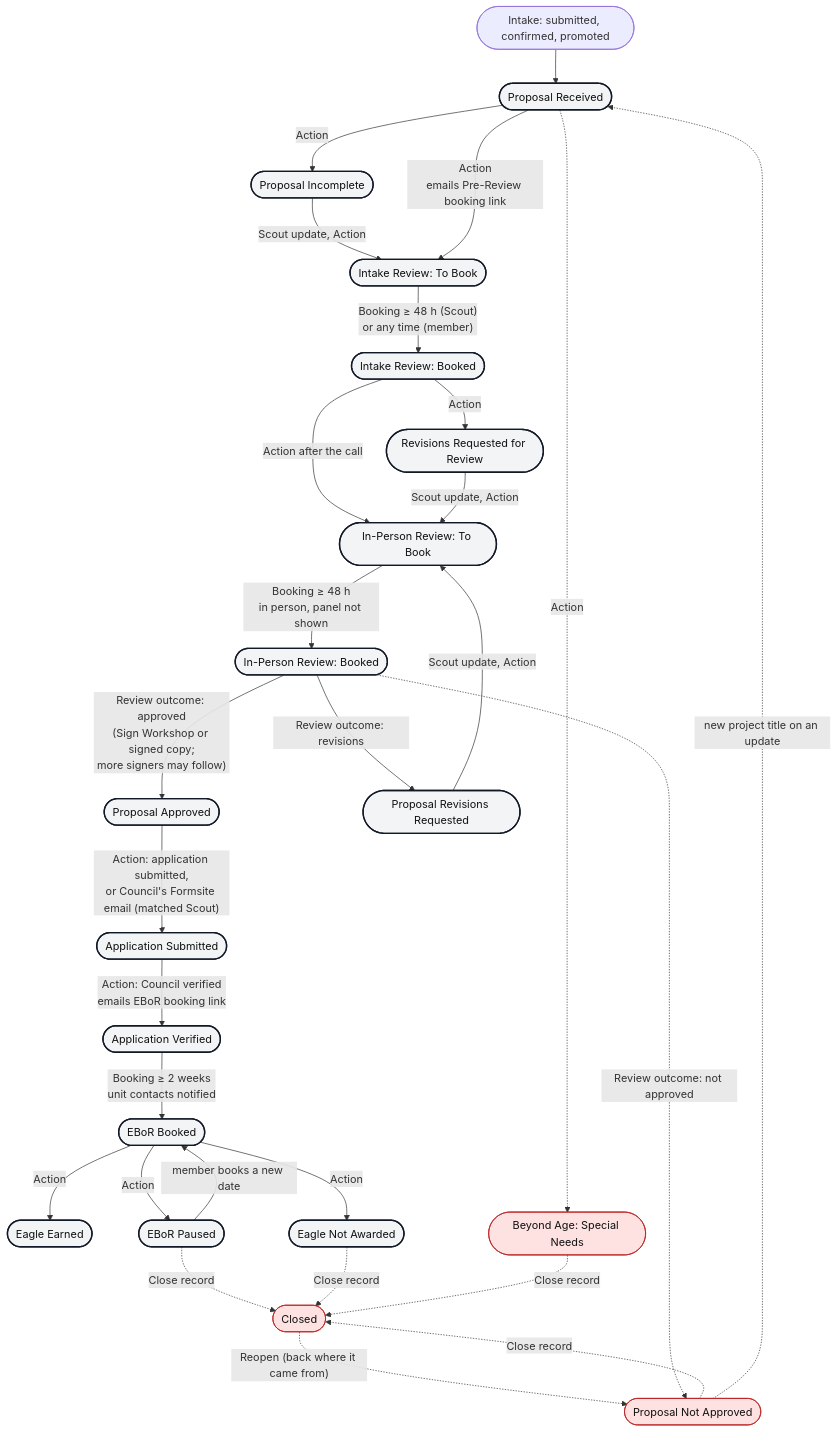
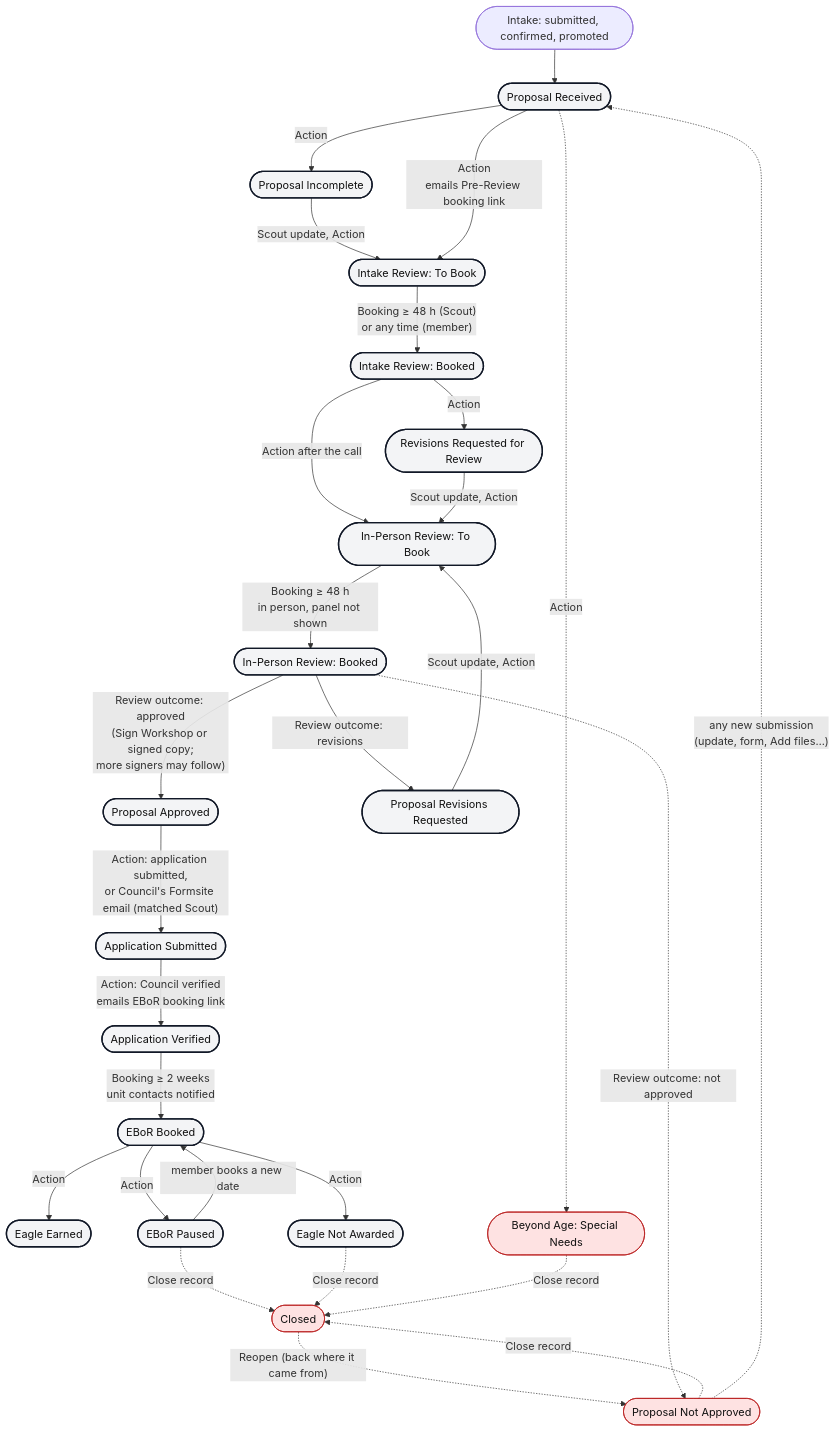
One commit to j2willey/coyote-creek-eagle-tracker changed the second of 2 diagrams in docs/process-flow.md. Above: the diagram before and after it, drawn with Mermaid. The commit also changed 7 other files, not shown here.

First line of the commit message:
Proposal Not Approved: any new submission moves the row back to Proposal Received (API 0.85.0)

````diff
--- a/docs/process-flow.md
+++ b/docs/process-flow.md
@@ -76,37 +76,37 @@
 ```mermaid
 flowchart TD
   classDef state fill:#f3f4f6,stroke:#111827,stroke-width:2px,color:#111
   classDef side fill:#fee2e2,stroke:#b91c1c,color:#111
 
   IN(["Intake: submitted, confirmed, promoted"]) --> PRC
   PRC(["Proposal Received"]):::state -- "Action" --> PI
   PI(["Proposal Incomplete"]):::state -- "Scout update, Action" --> ITB
   PRC -- "Action<br/>emails Pre-Review booking link" --> ITB
   ITB(["Intake Review: To Book"]):::state -- "Booking ≥ 48 h (Scout)<br/>or any time (member)" --> IB
   IB(["Intake Review: Booked"]):::state -- "Action after the call" --> RTB
   IB -- "Action" --> IR
   IR(["Revisions Requested for Review"]):::state -- "Scout update, Action" --> RTB
   RTB(["In-Person Review: To Book"]):::state -- "Booking ≥ 48 h<br/>in person, panel not shown" --> RB
   RB(["In-Person Review: Booked"]):::state -- "Review outcome: approved<br/>(Sign Workshop or signed copy;<br/>more signers may follow)" --> AP
   RB -- "Review outcome: revisions" --> PR
   PR(["Proposal Revisions Requested"]):::state -- "Scout update, Action" --> RTB
   AP(["Proposal Approved"]):::state -- "Action: application submitted,<br/>or Council's Formsite email (matched Scout)" --> AS
   AS(["Application Submitted"]):::state -- "Action: Council verified<br/>emails EBoR booking link" --> AV
   AV(["Application Verified"]):::state -- "Booking ≥ 2 weeks<br/>unit contacts notified" --> EB
   EB(["EBoR Booked"]):::state -- "Action" --> EE(["Eagle Earned"]):::state
   EB -- "Action" --> EP(["EBoR Paused"]):::state
   EP -- "member books a new date" --> EB
   EB -- "Action" --> EN(["Eagle Not Awarded"]):::state
 
   NA(["Proposal Not Approved"]):::side
   BA(["Beyond Age: Special Needs"]):::side
   CL(["Closed"]):::side
   EP -. "Close record" .-> CL
   EN -. "Close record" .-> CL
   NA -. "Close record" .-> CL
   BA -. "Close record" .-> CL
   CL -. "Reopen (back where it came from)" .-> NA
   RB -. "Review outcome: not approved" .-> NA
-  NA -. "new project title on an update" .-> PRC
+  NA -. "any new submission<br/>(update, form, Add files…)" .-> PRC
   PRC -. "Action" .-> BA
 ```
````
